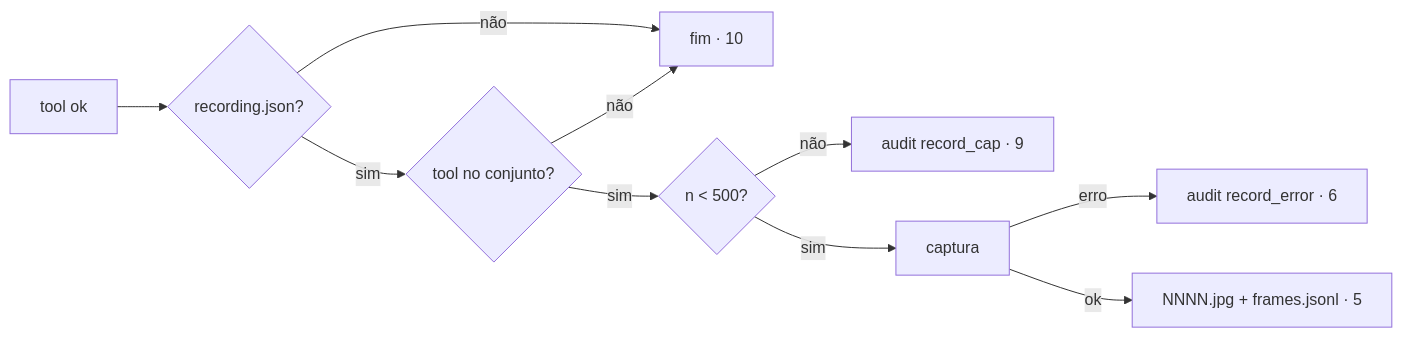
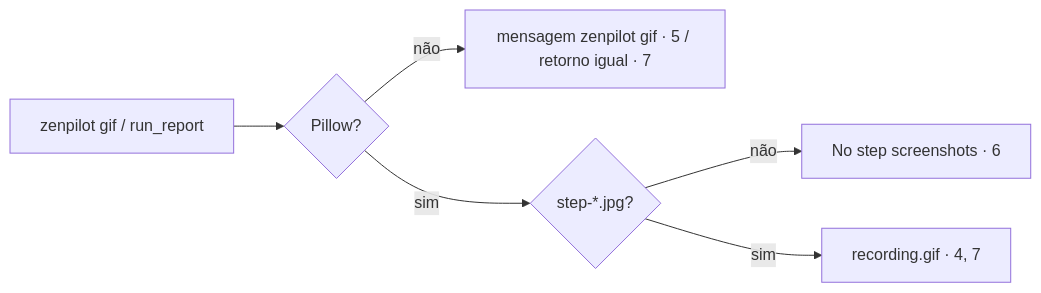
Before and after one commit to lucasnpinheiro/zenpilot: the diagram in .specs/features/gravacao-e-allowlist-json/spec/02-technical.md, drawn with Mermaid. The commit also changed other lines of this file and 16 other files, not shown here.

````diff
--- a/.specs/features/gravacao-e-allowlist-json/spec/02-technical.md
+++ b/.specs/features/gravacao-e-allowlist-json/spec/02-technical.md
@@ -69,12 +66,8 @@
 ```mermaid
 flowchart LR
-    A[tool ok] --> R{recording.json?}
-    R -- não --> F[fim · 10]
-    R -- sim --> T{tool no conjunto?}
-    T -- não --> F
-    T -- sim --> C{n < 500?}
-    C -- não --> K[audit record_cap · 9]
-    C -- sim --> S[captura]
-    S -- erro --> E[audit record_error · 6]
-    S -- ok --> W[NNNN.jpg + frames.jsonl · 5]
+    G[zenpilot gif / run_report] --> P{Pillow?}
+    P -- não --> M[mensagem zenpilot gif · 5 / retorno igual · 7]
+    P -- sim --> S{step-*.jpg?}
+    S -- não --> E[No step screenshots · 6]
+    S -- sim --> W[recording.gif · 4, 7]
 ```
````
